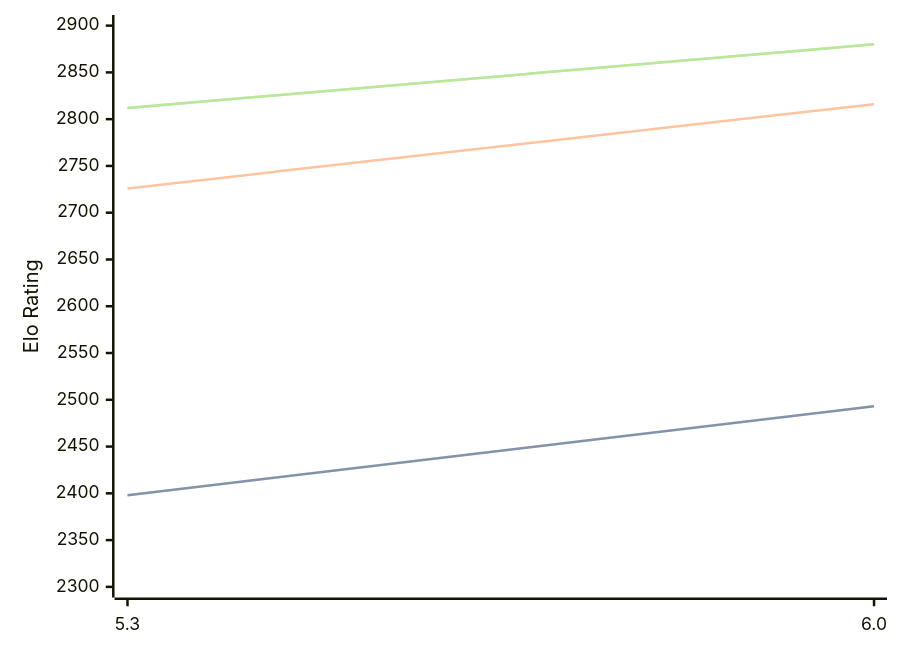
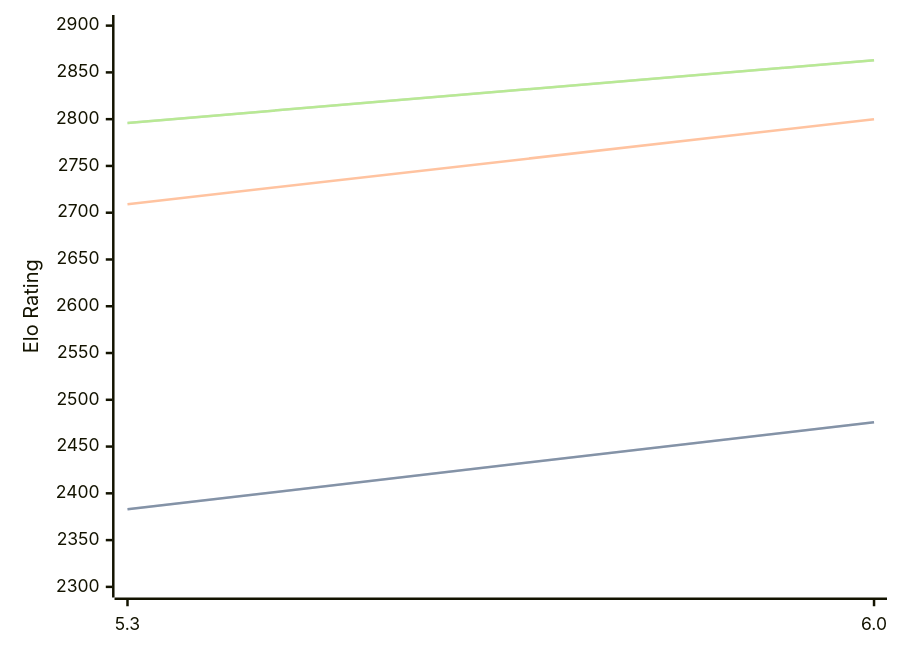
One commit to computer-chess-index/cci changed the diagram in engines/tomitankChess.md. Above: the diagram before and after it, drawn with Mermaid. The commit also changed other lines of this file, not shown here.

Commit message:
Update CCI Ratings (ELO VLTC) - 2026-05-20

````diff
--- a/engines/tomitankChess.md
+++ b/engines/tomitankChess.md
@@ -40,11 +40,11 @@
 ```mermaid
 %%{init: {"theme":"base","themeVariables":{"seriesColors:['#a3a3a3','#222221','#faa371']}}}%%
 xychart-beta
   x-axis ["5.3", "6.0"]
   y-axis "Elo Rating" 2300 --> 2900
-  line "STC (8.0+0.08s)" [2398, 2493]
-  line "STC (8.0+0.08s)" [2398, 2493]
-  line "LTC (60.0+0.60s)" [2726, 2816]
-  line "VLTC (2m24s+1.12s)" [2812, 2880]
-  line "VLTC (2m24s+1.12s)" [2812, 2880]
+  line "STC (8.0+0.08s)" [2383, 2476]
+  line "STC (8.0+0.08s)" [2383, 2476]
+  line "LTC (60.0+0.60s)" [2709, 2800]
+  line "VLTC (2m24s+1.12s)" [2796, 2863]
+  line "VLTC (2m24s+1.12s)" [2796, 2863]
 ```
````
